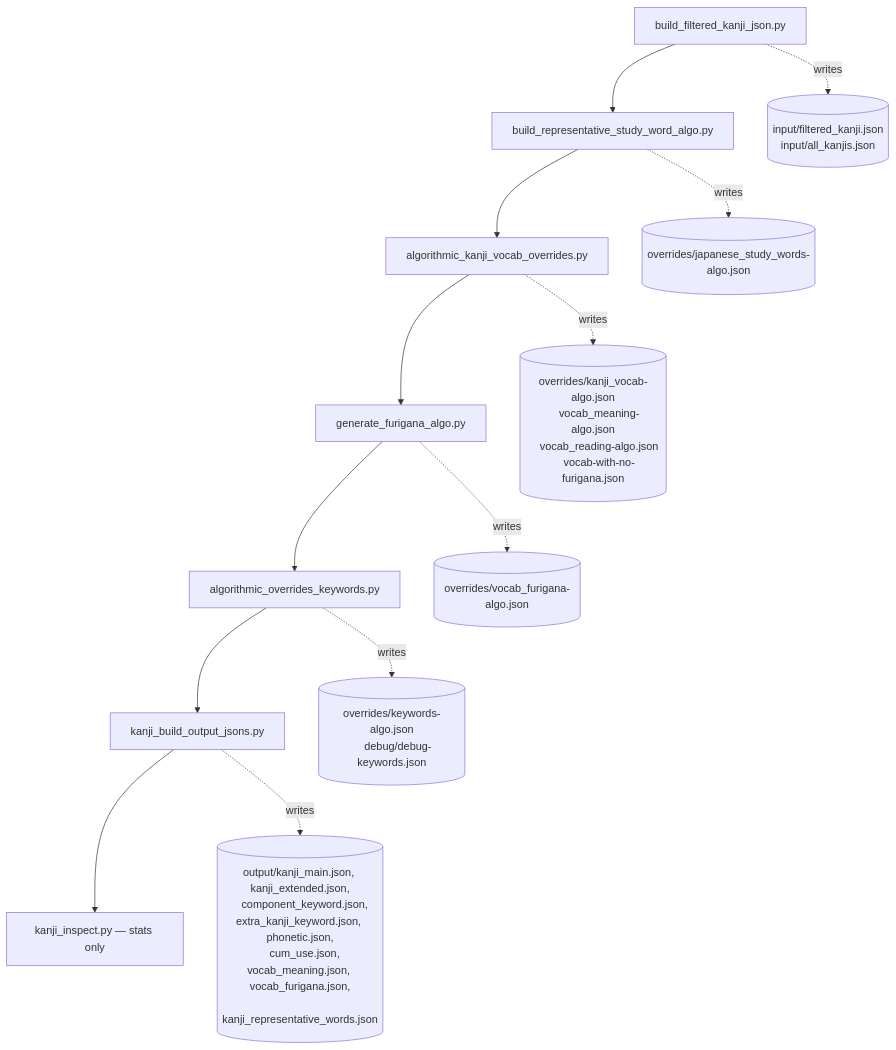
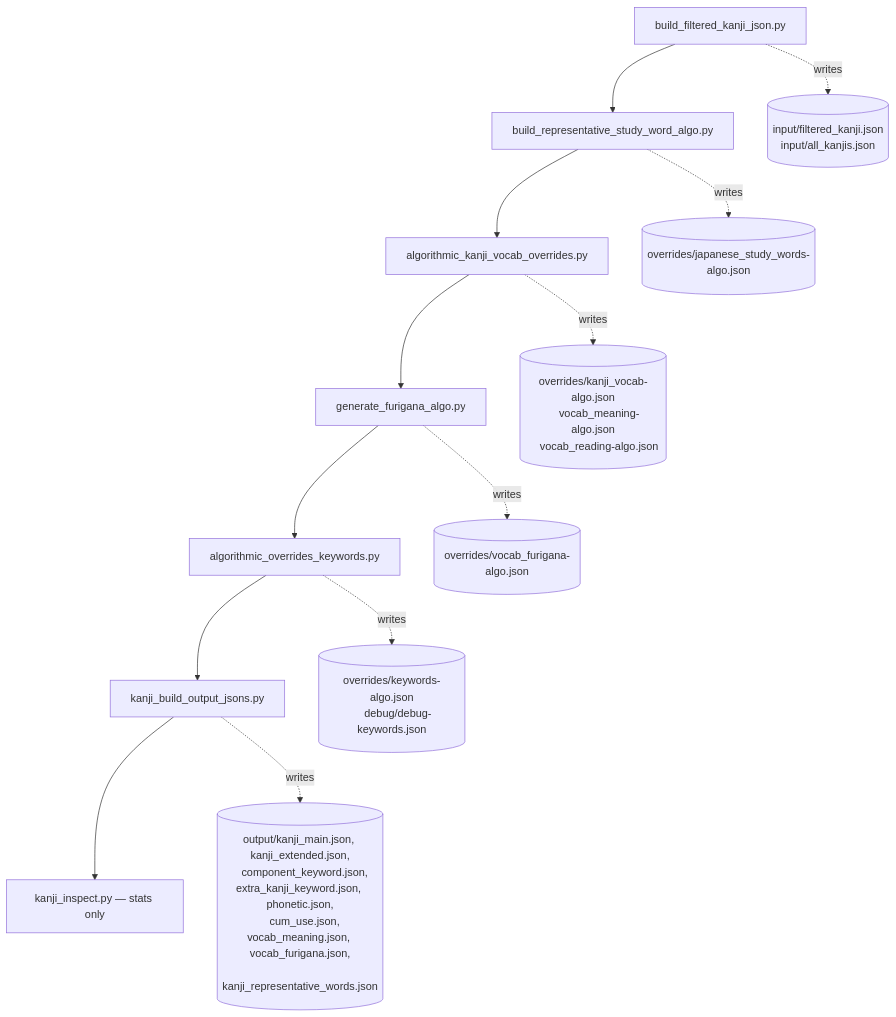
One commit to PikaPikaGems/kanji-heatmap-data changed the first of 7 diagrams in notes/flowchart.md. Above: the diagram before and after it, drawn with Mermaid. The commit also changed other lines of this file and 22 other files, not shown here.

````diff
--- a/notes/flowchart.md
+++ b/notes/flowchart.md
@@ -20,24 +20,23 @@
 ```mermaid
 flowchart TD
     A[build_filtered_kanji_json.py] --> B[build_representative_study_word_algo.py]
     B --> C[algorithmic_kanji_vocab_overrides.py]
     C --> D[generate_furigana_algo.py]
     D --> E[algorithmic_overrides_keywords.py]
     E --> G[kanji_build_output_jsons.py]
     G --> H[kanji_inspect.py — stats only]
 
     A -.writes.-> a1[(input/filtered_kanji.json
     input/all_kanjis.json)]
     B -.writes.-> b1[(overrides/japanese_study_words-algo.json)]
     C -.writes.-> c1[(overrides/kanji_vocab-algo.json
     vocab_meaning-algo.json
-    vocab_reading-algo.json
-    vocab-with-no-furigana.json)]
+    vocab_reading-algo.json)]
     D -.writes.-> d1[(overrides/vocab_furigana-algo.json)]
     E -.writes.-> e1[(overrides/keywords-algo.json
     debug/debug-keywords.json)]
     G -.writes.-> g1[(output/kanji_main.json, kanji_extended.json,
     component_keyword.json, extra_kanji_keyword.json, phonetic.json,
     cum_use.json, vocab_meaning.json, vocab_furigana.json,
     kanji_representative_words.json)]
 ```
````
